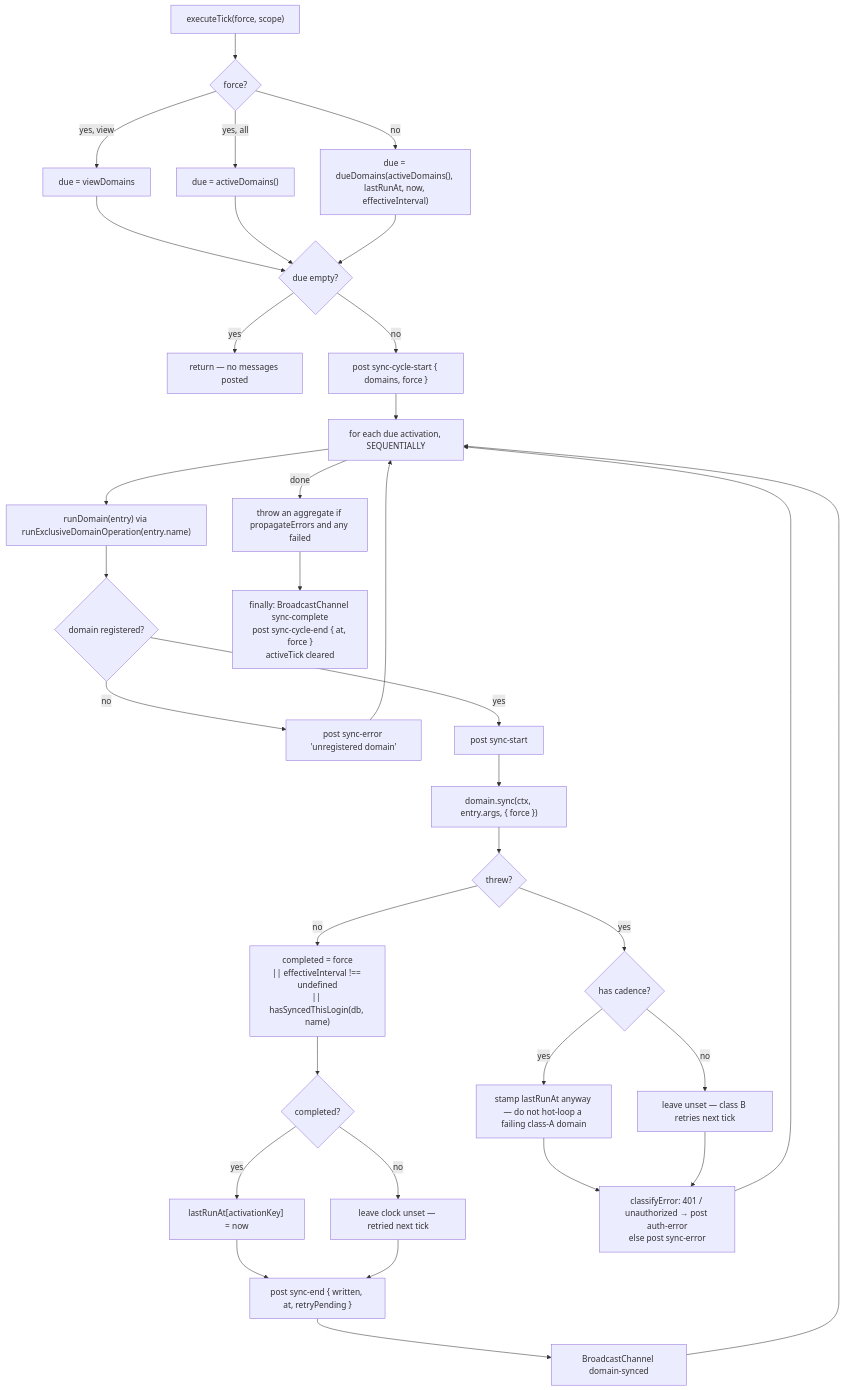
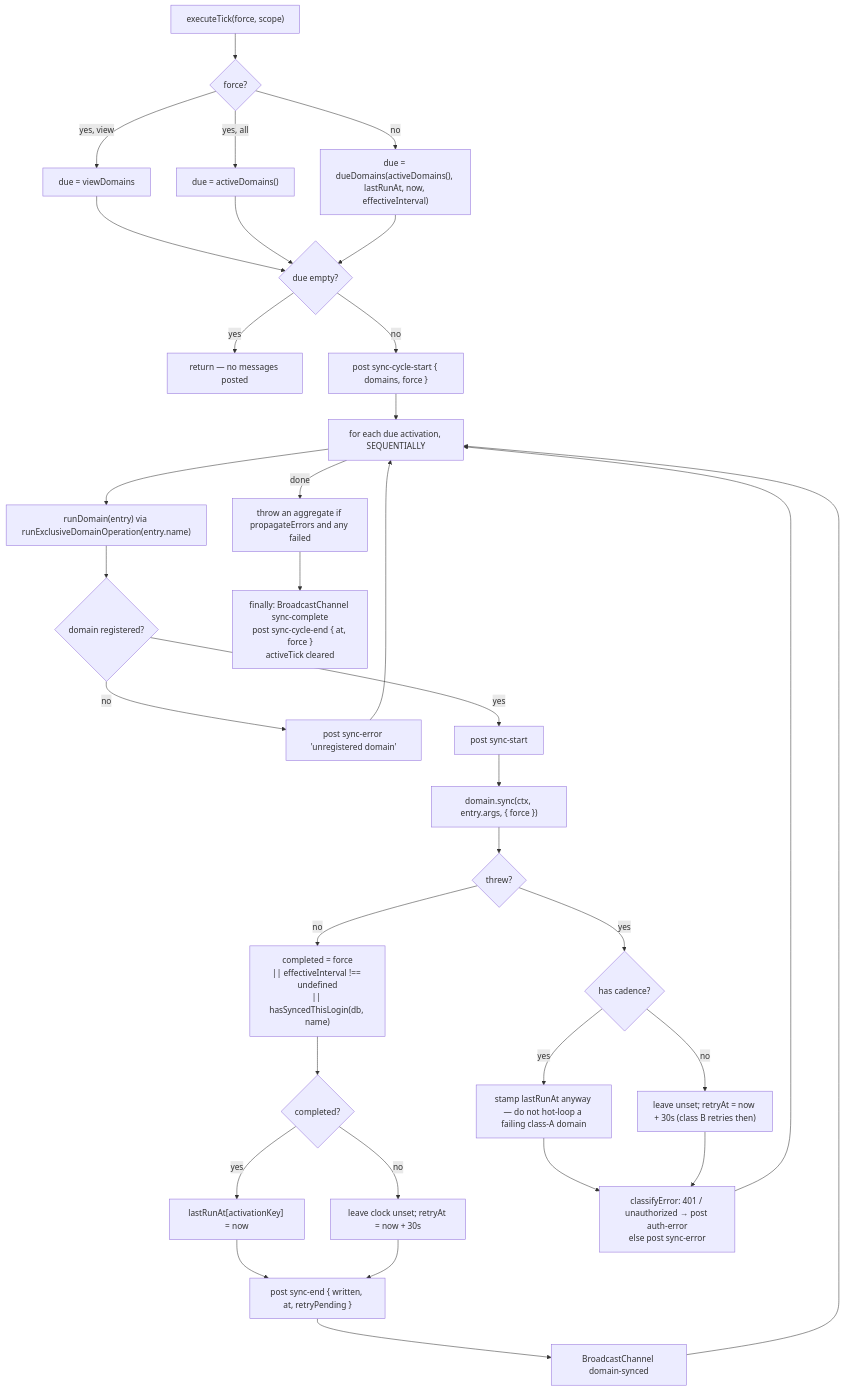
Before and after one commit to hotwax/accxui: diagram 12 of 31 in docs/APP_DB_SYNC_FLOWS.md, drawn with Mermaid. The commit also changed other lines of this file and 2 other files, not shown here.

Commit message:
Updated: App database docs for immediate activation fetches, per-activation syncedAt, the retry wait, useDb on query change, error clearing on re-activation and building the status catalog from registered domains.

````diff
--- a/docs/APP_DB_SYNC_FLOWS.md
+++ b/docs/APP_DB_SYNC_FLOWS.md
@@ -430,36 +434,36 @@
 ```mermaid
 flowchart TD
     E["executeTick(force, scope)"] --> DUE{"force?"}
     DUE -- "yes, view" --> V["due = viewDomains"]
     DUE -- "yes, all" --> A["due = activeDomains()"]
     DUE -- no --> CALC["due = dueDomains(activeDomains(), lastRunAt, now, effectiveInterval)"]
     V --> EMPTY
     A --> EMPTY
     CALC --> EMPTY{"due empty?"}
     EMPTY -- yes --> X["return — no messages posted"]
     EMPTY -- no --> CS["post sync-cycle-start { domains, force }"]
     CS --> LOOP["for each due activation, SEQUENTIALLY"]
     LOOP --> RD["runDomain(entry) via runExclusiveDomainOperation(entry.name)"]
     RD --> REG{"domain registered?"}
     REG -- no --> UR["post sync-error 'unregistered domain'"]
     REG -- yes --> POST1["post sync-start"]
     POST1 --> CALL["domain.sync(ctx, entry.args, { force })"]
     CALL --> OK{"threw?"}
     OK -- no --> COMP["completed = force<br/>|| effectiveInterval !== undefined<br/>|| hasSyncedThisLogin(db, name)"]
     COMP --> STAMP{"completed?"}
     STAMP -- yes --> S1["lastRunAt[activationKey] = now"]
-    STAMP -- no --> S2["leave clock unset — retried next tick"]
+    STAMP -- no --> S2["leave clock unset; retryAt = now + 30s"]
     S1 --> POST2["post sync-end { written, at, retryPending }"]
     S2 --> POST2
     POST2 --> BC["BroadcastChannel domain-synced"]
     OK -- yes --> ERRS{"has cadence?"}
     ERRS -- yes --> S3["stamp lastRunAt anyway — do not hot-loop a failing class-A domain"]
-    ERRS -- no --> S4["leave unset — class B retries next tick"]
+    ERRS -- no --> S4["leave unset; retryAt = now + 30s (class B retries then)"]
     S3 --> CLS["classifyError: 401 / unauthorized → post auth-error<br/>else post sync-error"]
     S4 --> CLS
     CLS --> LOOP
     UR --> LOOP
     BC --> LOOP
     LOOP -- done --> AGG["throw an aggregate if propagateErrors and any failed"]
     AGG --> FIN["finally: BroadcastChannel sync-complete<br/>post sync-cycle-end { at, force }<br/>activeTick cleared"]
 ```
````
